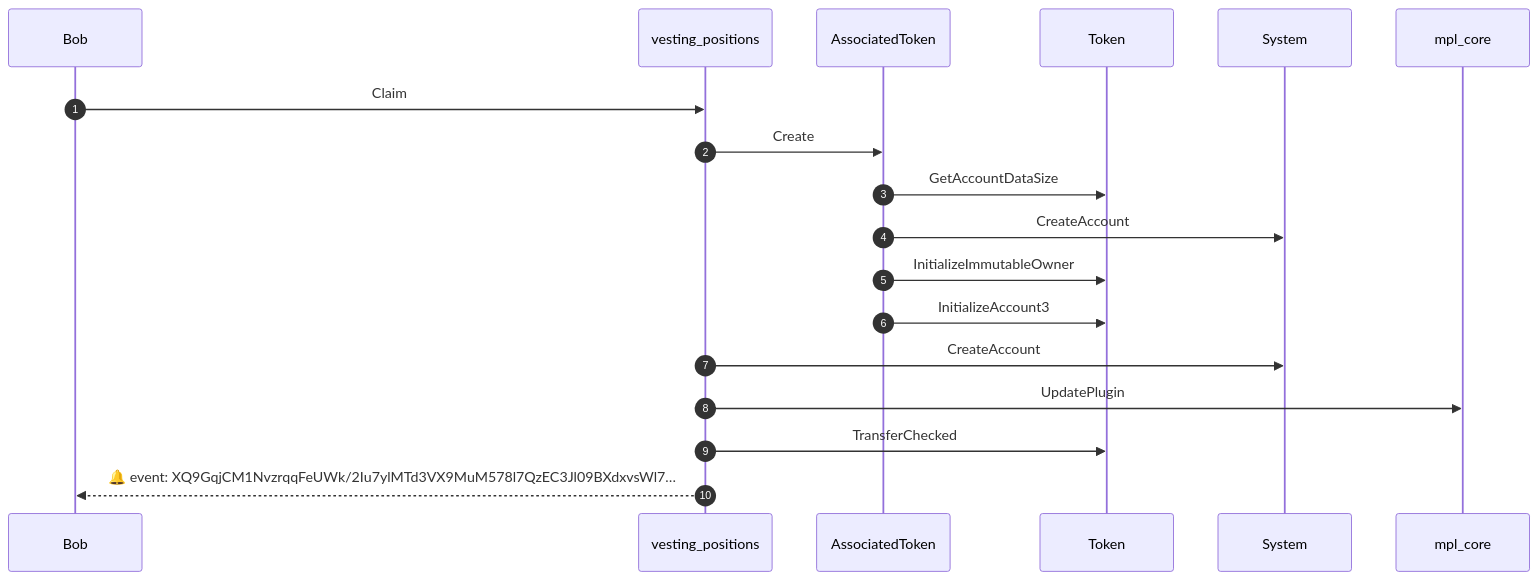
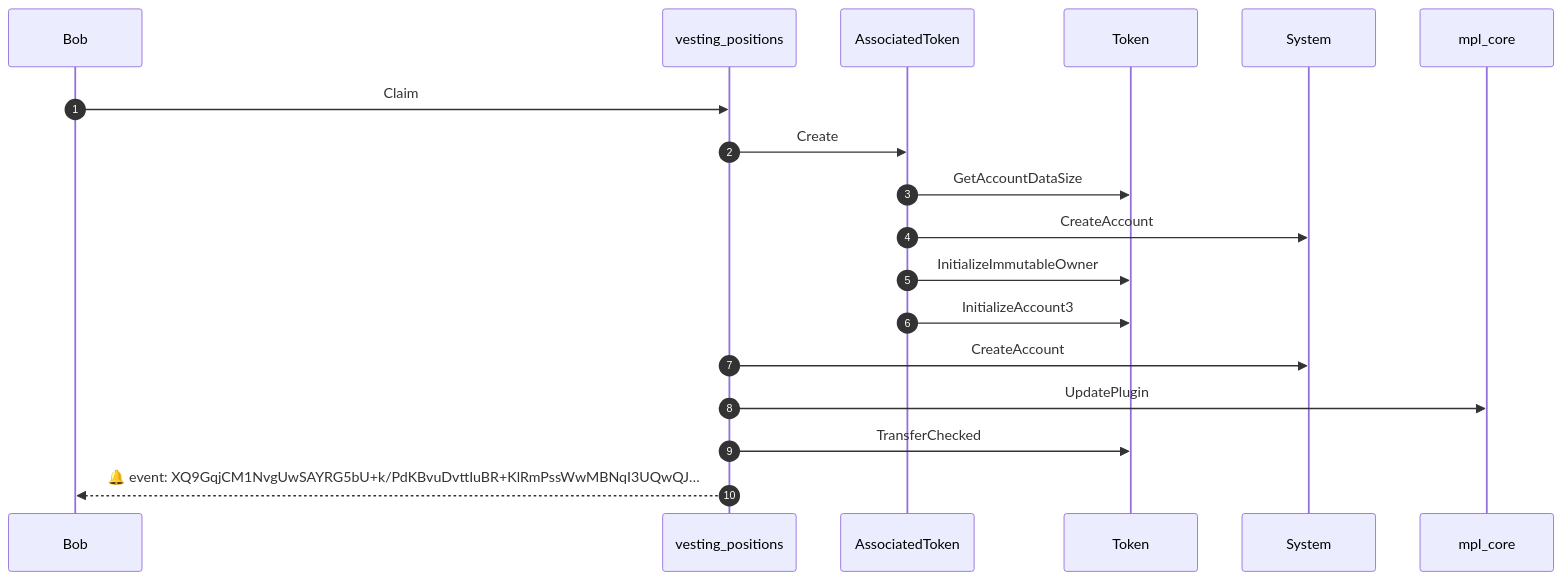
Before and after one commit to Canguilhem/Vesting-position: the fourth of 4 diagrams in md-reports/full-vesting-lifecycle.md, drawn with Mermaid. The commit also changed other lines of this file and 8 other files, not shown here.

````diff
--- a/md-reports/full-vesting-lifecycle.md
+++ b/md-reports/full-vesting-lifecycle.md
@@ -273,20 +273,20 @@
 ```mermaid
 sequenceDiagram
     autonumber
     participant Bob
     participant vesting_positions
     participant AssociatedToken
     participant Token
     participant System
     participant mpl_core
     Bob ->> vesting_positions: Claim
     vesting_positions ->> AssociatedToken: Create
     AssociatedToken ->> Token: GetAccountDataSize
     AssociatedToken ->> System: CreateAccount
     AssociatedToken ->> Token: InitializeImmutableOwner
     AssociatedToken ->> Token: InitializeAccount3
     vesting_positions ->> System: CreateAccount
     vesting_positions ->> mpl_core: UpdatePlugin
     vesting_positions ->> Token: TransferChecked
-    vesting_positions -->> Bob: 🔔 event: XQ9GqjCM1NvzrqqFeUWk/2Iu7ylMTd3VX9MuM578l7QzEC3Jl09BXdxvsWl7…
+    vesting_positions -->> Bob: 🔔 event: XQ9GqjCM1NvgUwSAYRG5bU+k/PdKBvuDvttIuBR+KlRmPssWwMBNqI3UQwQJ…
 ```
````
